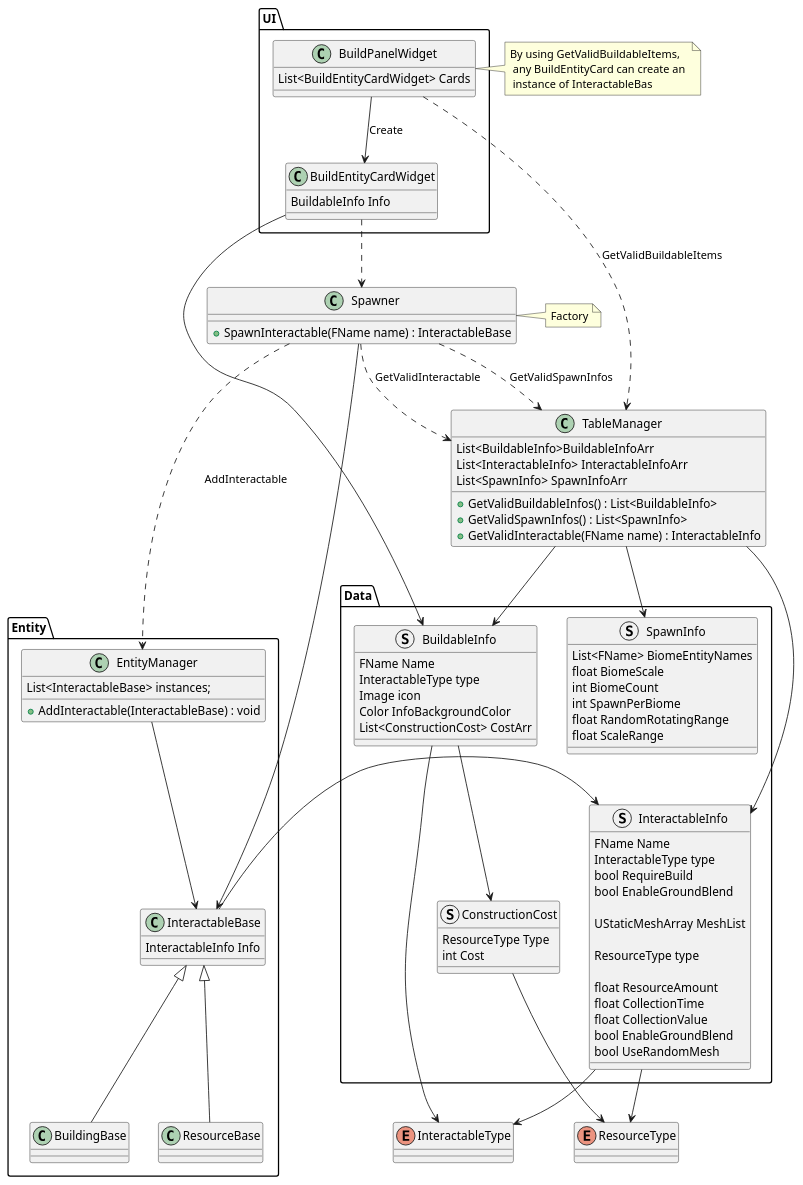
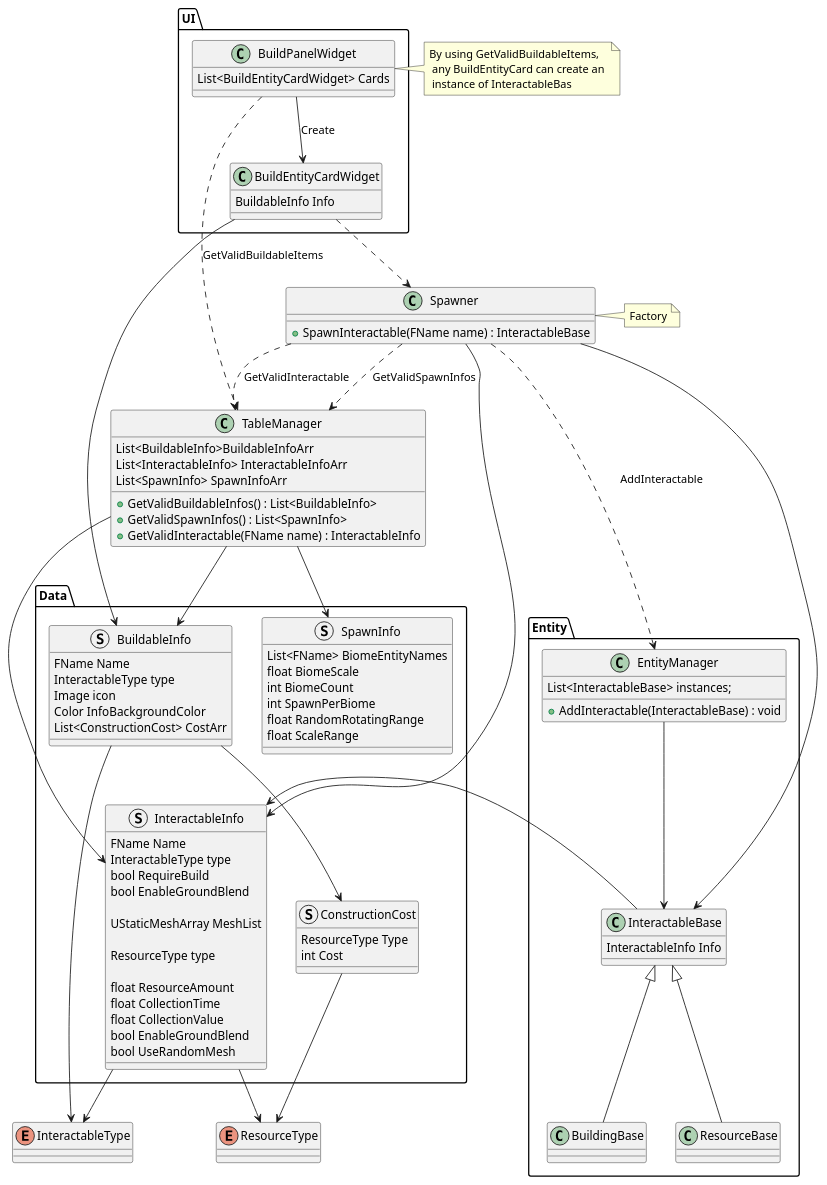
Before and after one commit to ChoiJK/Cropout_Clone_Cpp: the diagram in Diagrams/Entity Table.wsd, drawn with PlantUML. The commit also changed 7 other files, not shown here.

```diff
--- a/Diagrams/Entity Table.wsd
+++ b/Diagrams/Entity Table.wsd
@@ -1,128 +1,129 @@
 @startuml
 
 set namespaceSeparator ::
 
 enum ResourceType{
 }
 
 enum InteractableType{
 
 }
 
 struct Data::ConstructionCost{
     ResourceType Type
     int Cost
 }
 
 struct Data::BuildableInfo{
     FName Name
     InteractableType type
     Image icon
     Color InfoBackgroundColor
     List<ConstructionCost> CostArr
 }
 
 struct Data::SpawnInfo{
     List<FName> BiomeEntityNames
     float BiomeScale
     int BiomeCount
     int SpawnPerBiome
     float RandomRotatingRange
     float ScaleRange
 }
 
 struct Data::InteractableInfo{
     FName Name
     InteractableType type
     bool RequireBuild
     bool EnableGroundBlend
 
     UStaticMeshArray MeshList
 
     ResourceType type
 
     float ResourceAmount
     float CollectionTime
     float CollectionValue
     bool EnableGroundBlend
     bool UseRandomMesh
 }
 
 class TableManager{
     List<BuildableInfo>BuildableInfoArr
     List<InteractableInfo> InteractableInfoArr
     List<SpawnInfo> SpawnInfoArr
 
     + GetValidBuildableInfos() : List<BuildableInfo>
     + GetValidSpawnInfos() : List<SpawnInfo>
     + GetValidInteractable(FName name) : InteractableInfo
 }
 'note up : Includes sifting through the contents of a table for valid items --\n ex) GetValidBuildableInfos: removes and returns items that are \nin the BuildableInfoArr but not in the InteractableInfoArr, based on Name
 
 
 class Entity::InteractableBase{
     InteractableInfo Info
 }
 
 class Entity::BuildingBase{
 
 }
 
 class Entity::ResourceBase{
 
 }
 
 class Entity::EntityManager{
     List<InteractableBase> instances;
 
     + AddInteractable(InteractableBase) : void
 }
 
 class Spawner{
     + SpawnInteractable(FName name) : InteractableBase
 }
 note right : Factory
 
 class UI::BuildEntityCardWidget{
     BuildableInfo Info
 }
 
 
 class UI::BuildPanelWidget{
     List<BuildEntityCardWidget> Cards
 }
 note left : By using GetValidBuildableItems, \n any BuildEntityCard can create an \n instance of InteractableBas
 
 
 ConstructionCost -down-> ResourceType
 BuildableInfo -down-> ConstructionCost
 BuildableInfo --> InteractableType
 InteractableInfo -down-> ResourceType
 InteractableInfo --> InteractableType
 
 TableManager --> BuildableInfo 
 TableManager --> InteractableInfo
 TableManager --> SpawnInfo
 SpawnInfo -[hidden]right-> BuildableInfo
 SpawnInfo -[hidden]down-> InteractableInfo
 ConstructionCost -[hidden]right-> SpawnInfo
 
 InteractableBase -left-> InteractableInfo
 BuildingBase -up-|> InteractableBase
 ResourceBase -up-|> InteractableBase
 
 EntityManager --> InteractableBase
 
 Spawner ..> TableManager : GetValidSpawnInfos
 Spawner ..> TableManager : GetValidInteractable
 Spawner ..> EntityManager : AddInteractable
 Spawner --> InteractableBase
+Spawner --> InteractableInfo
 
 BuildEntityCardWidget --> BuildableInfo
 BuildEntityCardWidget ..> Spawner
 
 BuildPanelWidget ..> TableManager : GetValidBuildableItems
 BuildPanelWidget --> BuildEntityCardWidget : Create
 
 
 @enduml
```
